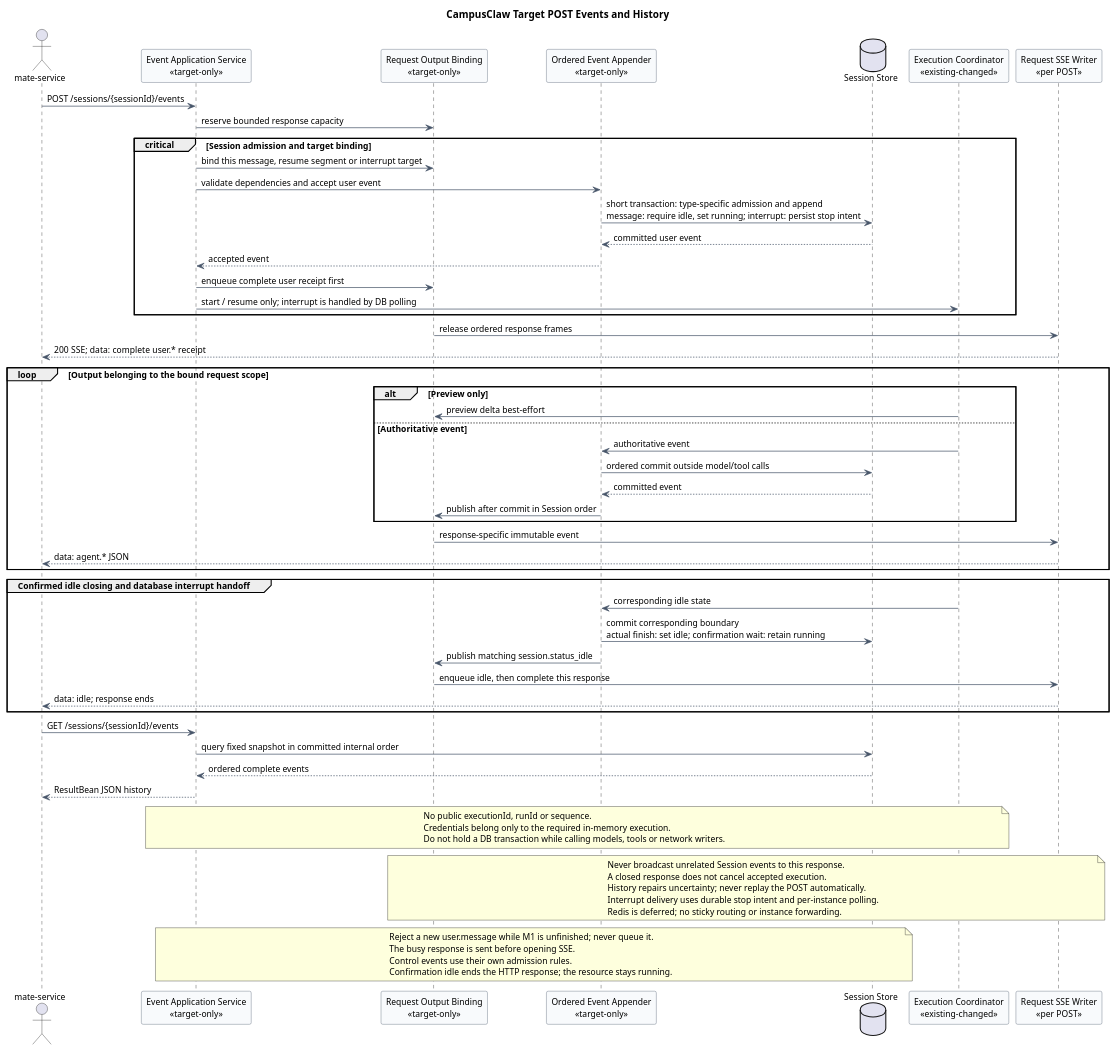
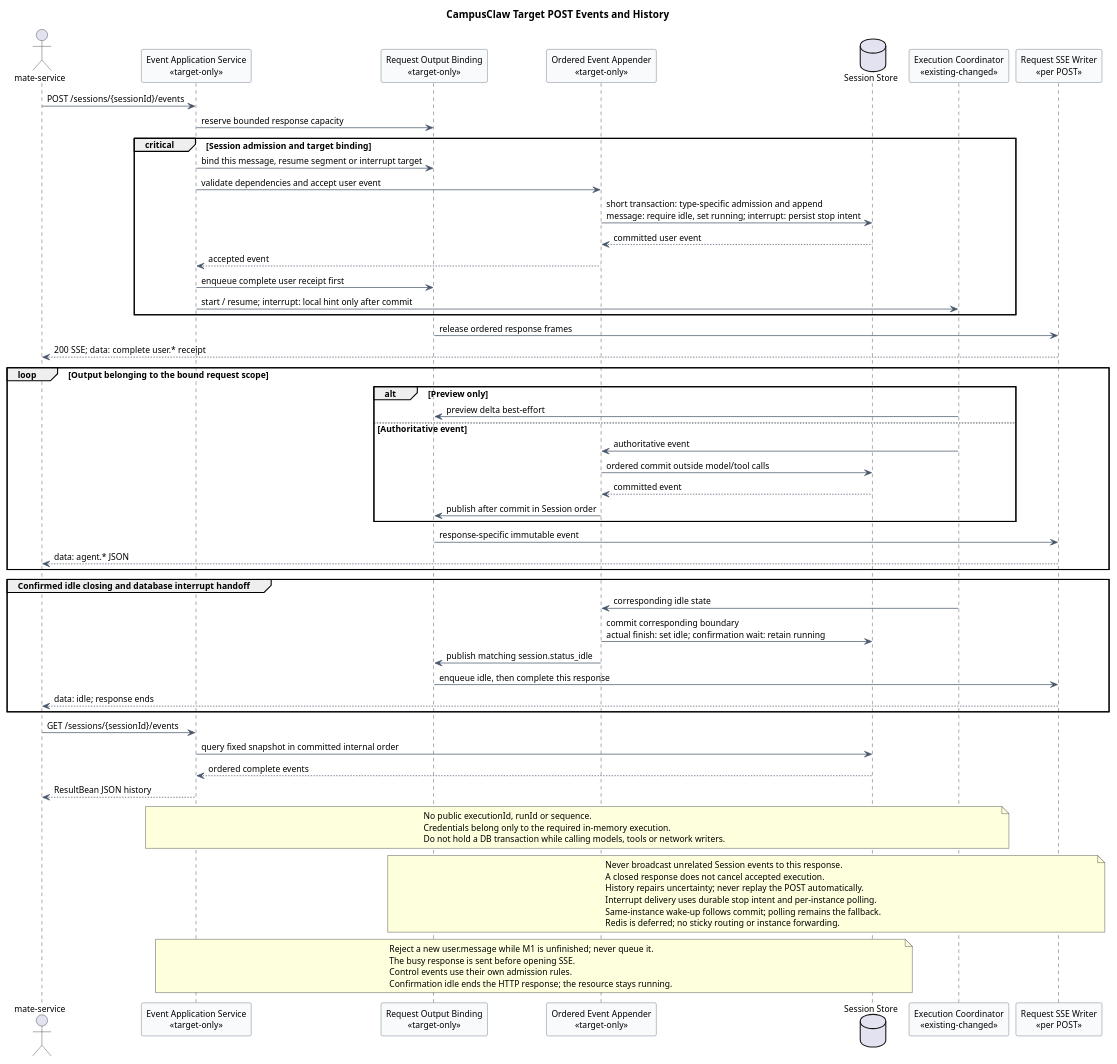
One commit to ssm0808/pi-mono-java-design changed the first of 5 diagrams in 01-总体架构/01-CampusClaw多Agent运行时/设计图/事件接口重设计/diagram.puml. Above: the diagram before and after it, drawn with PlantUML. The commit also changed other lines of this file and 14 other files, not shown here.

```diff
--- a/01-总体架构/01-CampusClaw多Agent运行时/设计图/事件接口重设计/diagram.puml
+++ b/01-总体架构/01-CampusClaw多Agent运行时/设计图/事件接口重设计/diagram.puml
@@ -1,90 +1,91 @@
 @startuml target_session_events_resource_model
 title CampusClaw Target POST Events and History
 ' Source evidence: pi-mono-java 918005ee8ccc88d179fc31a0de17a92b4a01383b.
 ' campusclaw/src/main/java/com/huawei/hicampus/claw/codingagent/runtimeapi/web/RuntimeEventController.java,
 ' submit/list, lines 61-91: POST SSE and GET history; no standalone read stream.
 ' campusclaw/src/main/java/com/huawei/hicampus/claw/codingagent/runtimeapi/event/RuntimeEventService.java,
 ' prepareAndSubmitLocked/acceptUserEntry, lines 101-141: persist message then start.
 ' These files are unchanged from a8192e047f4061bd385297d3dc6c4358362d0d49.
 ' Observed behavior: current Java already uses request-scoped POST SSE.
 ' Confirmed target architecture: combine submission and output in one POST;
 ' the first business frame is the complete accepted user event, exactly once.
 ' Design reason: remove the gap between a write and an independent live subscription.
 ' Target-only: union input, response projection, causal ordering and fixed snapshot.
 ' Source evidence: campusclaw/src/main/java/com/huawei/hicampus/claw/codingagent/runtimeapi/persistence/MyBatisRuntimeSessionRepository.java,
 ' acceptUserEvent: row lock, idle recheck, message append and running update in one transaction.
 ' Confirmed product constraint: one unfinished user.message per Session across instances.
 skinparam backgroundColor #FFFFFF
 skinparam shadowing false
 skinparam defaultFontName Arial
 skinparam defaultFontSize 12
 skinparam sequence {
   ParticipantBackgroundColor #F8FAFC
   ParticipantBorderColor #475569
   ArrowColor #475569
 }
 actor "mate-service" as Mate
 participant "Event Application Service\n<<target-only>>" as API
 participant "Request Output Binding\n<<target-only>>" as Binding
 participant "Ordered Event Appender\n<<target-only>>" as Append
 database "Session Store" as Store
 participant "Execution Coordinator\n<<existing-changed>>" as Execution
 participant "Request SSE Writer\n<<per POST>>" as Writer
 
 Mate -> API : POST /sessions/{sessionId}/events
 API -> Binding : reserve bounded response capacity
 critical Session admission and target binding
   API -> Binding : bind this message, resume segment or interrupt target
   API -> Append : validate dependencies and accept user event
   Append -> Store : short transaction: type-specific admission and append\nmessage: require idle, set running; interrupt: persist stop intent
   Store --> Append : committed user event
   Append --> API : accepted event
   API -> Binding : enqueue complete user receipt first
-  API -> Execution : start / resume only; interrupt is handled by DB polling
+  API -> Execution : start / resume; interrupt: local hint only after commit
 end
 Binding -> Writer : release ordered response frames
 Writer --> Mate : 200 SSE; data: complete user.* receipt
 
 loop Output belonging to the bound request scope
   alt Preview only
     Execution -> Binding : preview delta best-effort
   else Authoritative event
     Execution -> Append : authoritative event
     Append -> Store : ordered commit outside model/tool calls
     Store --> Append : committed event
     Append -> Binding : publish after commit in Session order
   end
   Binding -> Writer : response-specific immutable event
   Writer --> Mate : data: agent.* JSON
 end
 group Confirmed idle closing and database interrupt handoff
   Execution -> Append : corresponding idle state
   Append -> Store : commit corresponding boundary\nactual finish: set idle; confirmation wait: retain running
   Append -> Binding : publish matching session.status_idle
   Binding -> Writer : enqueue idle, then complete this response
   Writer --> Mate : data: idle; response ends
 end
 Mate -> API : GET /sessions/{sessionId}/events
 API -> Store : query fixed snapshot in committed internal order
 Store --> API : ordered complete events
 API --> Mate : ResultBean JSON history
 
 note over API,Execution
 No public executionId, runId or sequence.
 Credentials belong only to the required in-memory execution.
 Do not hold a DB transaction while calling models, tools or network writers.
 end note
 note over Binding,Writer
 Never broadcast unrelated Session events to this response.
 A closed response does not cancel accepted execution.
 History repairs uncertainty; never replay the POST automatically.
 Interrupt delivery uses durable stop intent and per-instance polling.
+Same-instance wake-up follows commit; polling remains the fallback.
 Redis is deferred; no sticky routing or instance forwarding.
 end note
 note over API,Store
 Reject a new user.message while M1 is unfinished; never queue it.
 The busy response is sent before opening SSE.
 Control events use their own admission rules.
 Confirmation idle ends the HTTP response; the resource stays running.
 end note
 @enduml
```
